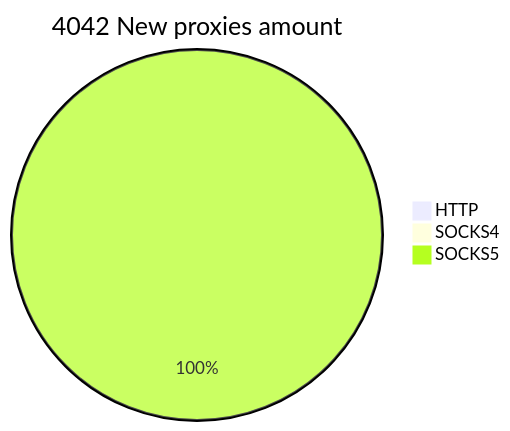
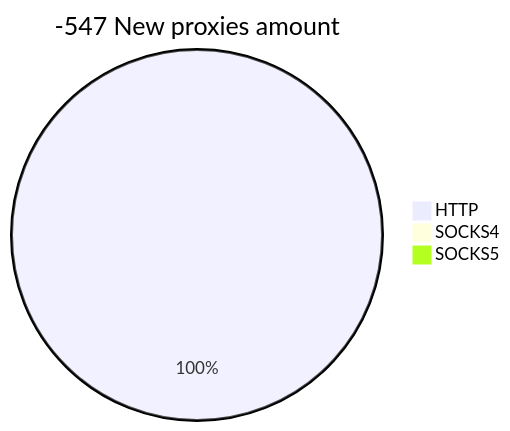
Before and after one commit to cutipu/proxylist: the second of 2 diagrams in README.md, drawn with Mermaid. The commit also changed other lines of this file, not shown here.

````diff
--- a/README.md
+++ b/README.md
@@ -10,6 +10,6 @@
 ```mermaid
-pie title 4042 New proxies amount
-    "HTTP" : 0
+pie title -547 New proxies amount
+    "HTTP" : 179
     "SOCKS4" : 0
-    "SOCKS5" : 4046
+    "SOCKS5" : 0
 ```
````
